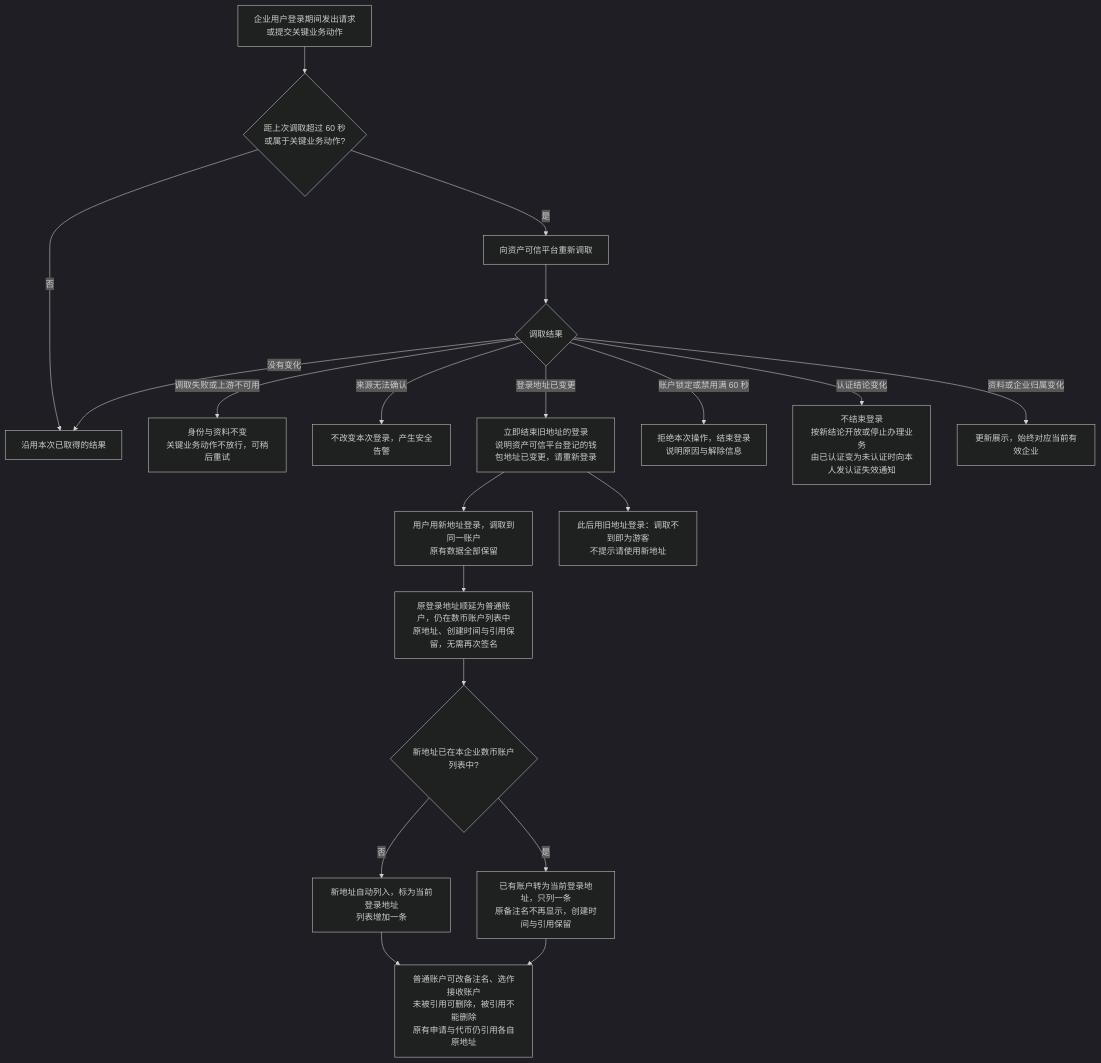
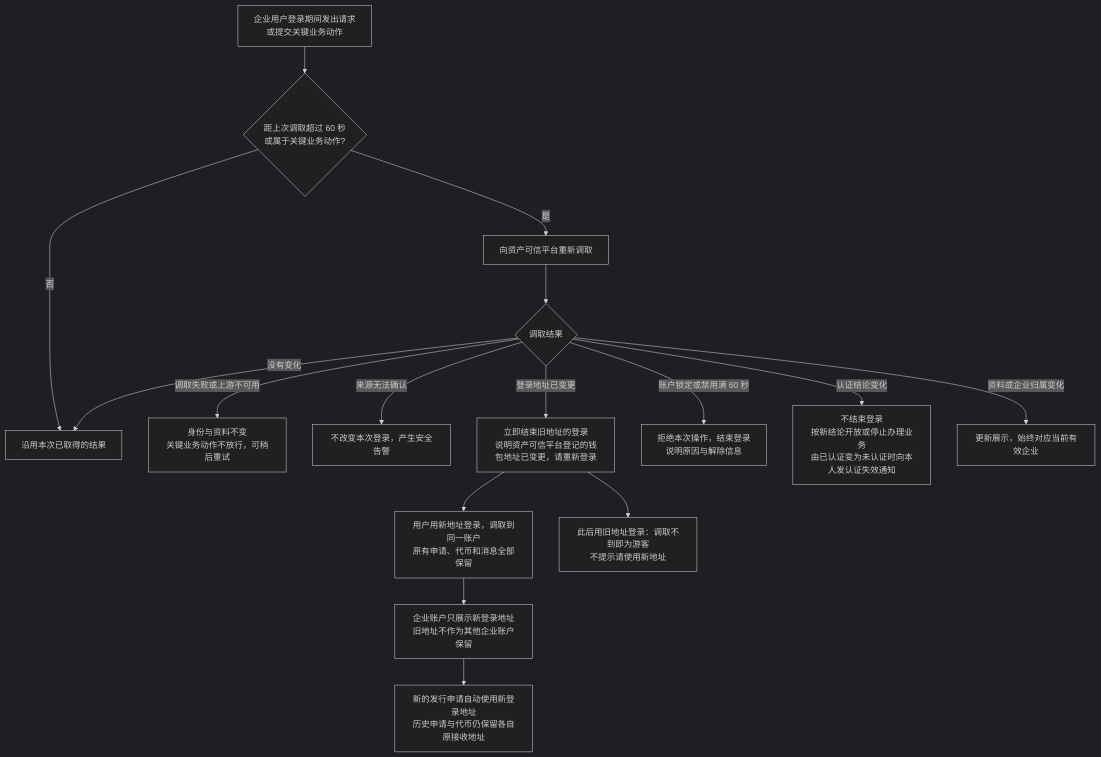
Before and after one commit to wxblockchain/Chain-Financing: the third of 5 diagrams in token-issuance-platform/PRD/面客端/M1-企业登录与企业账户/02-企业登录与企业账户-流程图与状态机.md, drawn with Mermaid (dark theme). The commit also changed other lines of this file and 18 other files, not shown here.

````diff
--- a/token-issuance-platform/PRD/面客端/M1-企业登录与企业账户/02-企业登录与企业账户-流程图与状态机.md
+++ b/token-issuance-platform/PRD/面客端/M1-企业登录与企业账户/02-企业登录与企业账户-流程图与状态机.md
@@ -111,22 +64,18 @@
 ```mermaid
 flowchart TD
     A[企业用户登录期间发出请求<br/>或提交关键业务动作] --> B{距上次调取超过 60 秒<br/>或属于关键业务动作?}
     B -->|否| B1[沿用本次已取得的结果]
     B -->|是| C[向资产可信平台重新调取]
     C --> D{调取结果}
     D -->|调取失败或上游不可用| D1[身份与资料不变<br/>关键业务动作不放行，可稍后重试]
     D -->|来源无法确认| D2[不改变本次登录，产生安全告警]
     D -->|没有变化| B1
     D -->|登录地址已变更| E[立即结束旧地址的登录<br/>说明资产可信平台登记的钱包地址已变更，请重新登录]
     D -->|账户锁定或禁用满 60 秒| F[拒绝本次操作，结束登录<br/>说明原因与解除信息]
     D -->|认证结论变化| G[不结束登录<br/>按新结论开放或停止办理业务<br/>由已认证变为未认证时向本人发认证失效通知]
     D -->|资料或企业归属变化| H[更新展示，始终对应当前有效企业]
-    E --> I[用户用新地址登录，调取到同一账户<br/>原有数据全部保留]
-    I --> I1[原登录地址顺延为普通账户，仍在数币账户列表中<br/>原地址、创建时间与引用保留，无需再次签名]
-    I1 --> J{新地址已在本企业数币账户列表中?}
-    J -->|否| K[新地址自动列入，标为当前登录地址<br/>列表增加一条]
-    J -->|是| L[已有账户转为当前登录地址，只列一条<br/>原备注名不再显示，创建时间与引用保留]
-    K --> M[普通账户可改备注名、选作接收账户<br/>未被引用可删除，被引用不能删除<br/>原有申请与代币仍引用各自原地址]
-    L --> M
+    E --> I[用户用新地址登录，调取到同一账户<br/>原有申请、代币和消息全部保留]
+    I --> J[企业账户只展示新登录地址<br/>旧地址不作为其他企业账户保留]
+    J --> M[新的发行申请自动使用新登录地址<br/>历史申请与代币仍保留各自原接收地址]
     E --> N[此后用旧地址登录：调取不到即为游客<br/>不提示请使用新地址]
 ```
````
